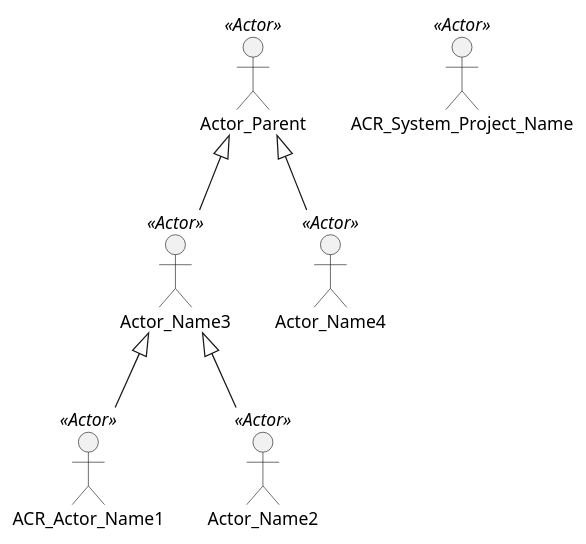
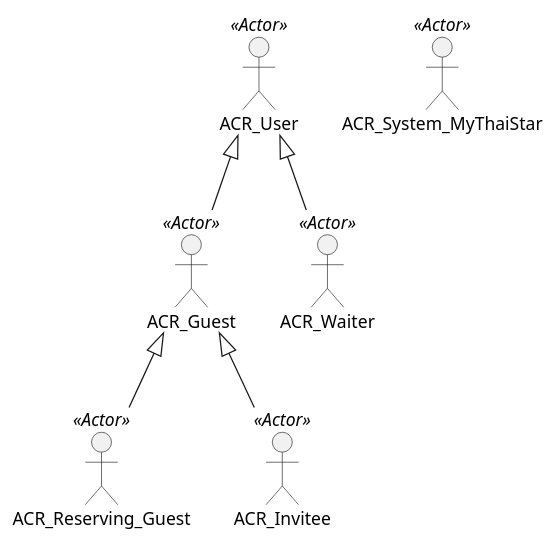
The diagram in references/MyThaiStar/specification/images/overview_actors.pu (devonfw/accelerated-solution-design), drawn with PlantUML before and after one commit. The commit also changed 3 other files, not shown here.

```diff
--- a/references/MyThaiStar/specification/images/overview_actors.pu
+++ b/references/MyThaiStar/specification/images/overview_actors.pu
@@ -1,15 +1,15 @@
 @startuml
-:ACR_Actor_Name1: << Actor >> as ACR_Actor_Name1
-:Actor_Name2: << Actor >> as Actor_Name2
-:Actor_Name3: << Actor >> as Actor_Name3
+:ACR_Reserving_Guest: << Actor >> as ACR_Reserving_Guest
+:ACR_Invitee: << Actor >> as ACR_Invitee
+:ACR_Guest: << Actor >> as ACR_Guest
 
-:Actor_Parent: << Actor >> as Actor_Parent
-:Actor_Name4: << Actor >> as Actor_Name4
-:ACR_System_Project_Name: << Actor >> as ACR_System_Project_Name
+:ACR_User: << Actor >> as ACR_User
+:ACR_Waiter: << Actor >> as ACR_Waiter
+:ACR_System_MyThaiStar: << Actor >> as ACR_System_MyThaiStar
 
-Actor_Name3 <|-- ACR_Actor_Name1
-Actor_Name3 <|-- Actor_Name2
-Actor_Parent <|--  Actor_Name4
-Actor_Parent <|--  Actor_Name3
+ACR_Guest <|-- ACR_Reserving_Guest
+ACR_Guest <|-- ACR_Invitee
+ACR_User <|--  ACR_Waiter
+ACR_User <|--  ACR_Guest
 
 @enduml
```
